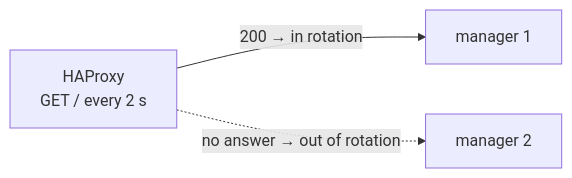
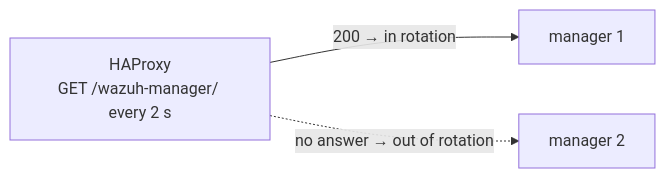
Before and after one commit to wazuh/wazuh: the third of 3 diagrams in docs/ref/modules/remoted/load-balancers/haproxy.md, drawn with Mermaid. The commit also changed other lines of this file and 232 other files, not shown here.

````diff
--- a/docs/ref/modules/remoted/load-balancers/haproxy.md
+++ b/docs/ref/modules/remoted/load-balancers/haproxy.md
@@ -218,5 +223,5 @@
 ```mermaid
 flowchart LR
-    H["HAProxy<br/>GET / every 2 s"] -->|"200 → in rotation"| N1["manager 1"]
+    H["HAProxy<br/>GET /wazuh-manager/ every 2 s"] -->|"200 → in rotation"| N1["manager 1"]
     H -.->|"no answer → out of rotation"| N2["manager 2"]
 ```
````
